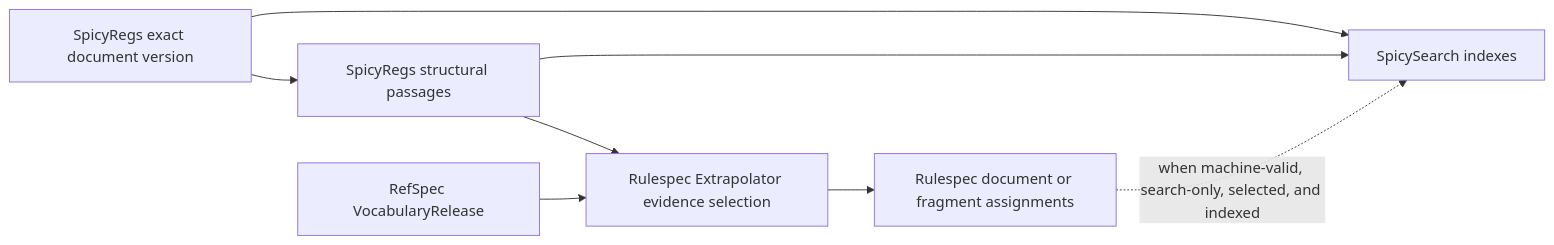
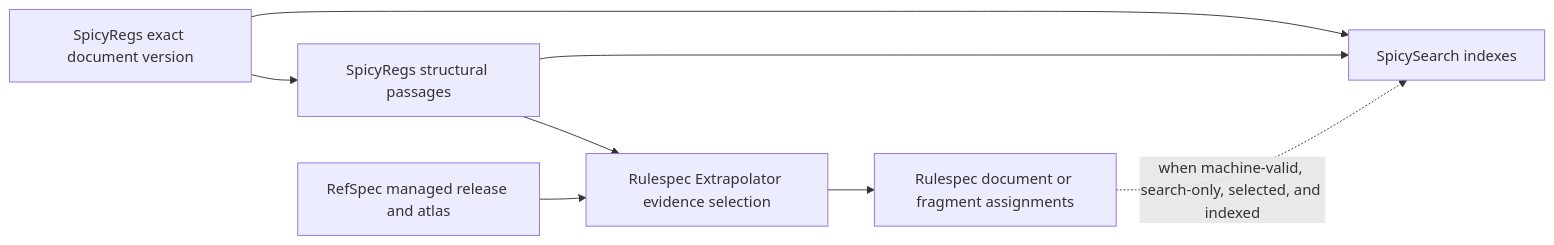
The first of 3 diagrams in docs/superpowers/specs/2026-07-31-spicysearch-product-boundary-and-extraction-plan.md (mikewolfd/spicy-regs), drawn with Mermaid before and after one commit. The commit also changed other lines of this file and 1 other file, not shown here.

First line of the commit message:
docs(product): update the boundary for managed releases

````diff
--- a/docs/superpowers/specs/2026-07-31-spicysearch-product-boundary-and-extraction-plan.md
+++ b/docs/superpowers/specs/2026-07-31-spicysearch-product-boundary-and-extraction-plan.md
@@ -159,10 +171,10 @@
 ```mermaid
 flowchart LR
     D["SpicyRegs exact document version"] --> P["SpicyRegs structural passages"]
     P --> E["Rulespec Extrapolator evidence selection"]
-    V["RefSpec VocabularyRelease"] --> E
+    V["RefSpec managed release and atlas"] --> E
     E --> A["Rulespec document or fragment assignments"]
     D --> S["SpicySearch indexes"]
     P --> S
     A -. "when machine-valid, search-only, selected, and indexed" .-> S
 ```
````
